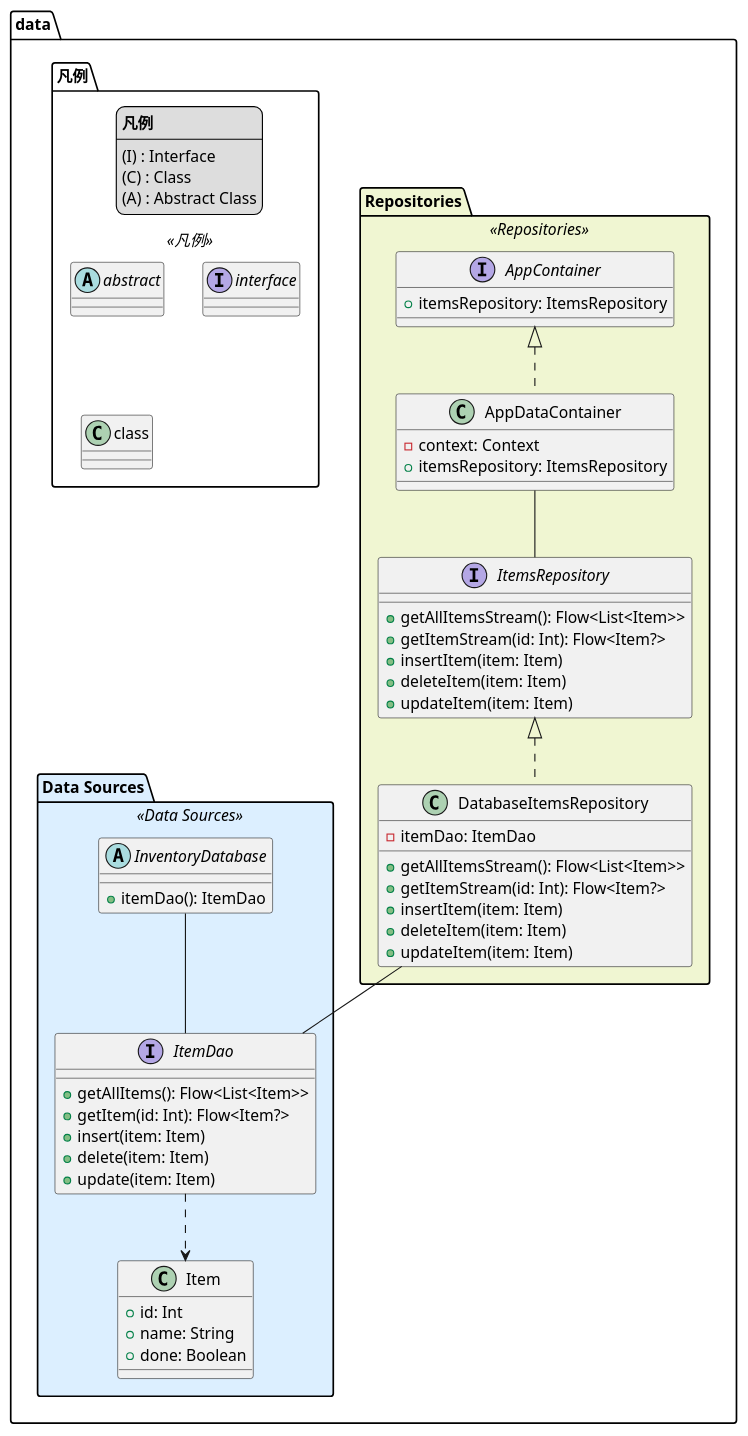
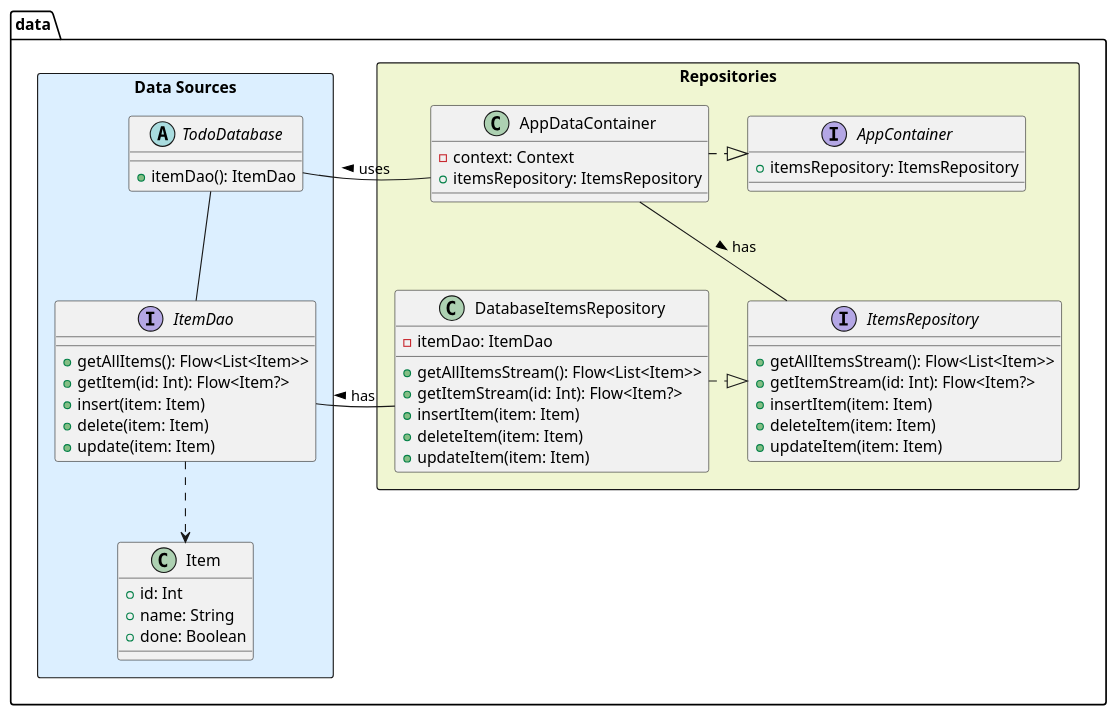
One commit to emboss369/android-compose changed the diagram in 15_MyTodo/Complete/MyTodo/app/src/main/java/com/example/mytodo/data/data.puml. Above: the diagram before and after it, drawn with PlantUML. The commit also changed 14 other files, not shown here.

```diff
--- a/15_MyTodo/Complete/MyTodo/app/src/main/java/com/example/mytodo/data/data.puml
+++ b/15_MyTodo/Complete/MyTodo/app/src/main/java/com/example/mytodo/data/data.puml
@@ -1,80 +1,70 @@
 @startuml
 skinparam package {
   backgroundColor<<Repositories>> #F0F6D2
   backgroundColor<<Data Sources>> #DCEFFF
 }
 
 package "data" {
 
-    package "Repositories" <<Repositories>> {
+    package "Repositories" <<Rectangle>> #F0F6D2{
+
         interface ItemsRepository {
             +getAllItemsStream(): Flow<List<Item>>
             +getItemStream(id: Int): Flow<Item?>
             +insertItem(item: Item)
             +deleteItem(item: Item)
             +updateItem(item: Item)
         }
 
         class DatabaseItemsRepository {
             -itemDao: ItemDao
             +getAllItemsStream(): Flow<List<Item>>
             +getItemStream(id: Int): Flow<Item?>
             +insertItem(item: Item)
             +deleteItem(item: Item)
             +updateItem(item: Item)
         }
 
         interface AppContainer {
             +itemsRepository: ItemsRepository
         }
 
         class AppDataContainer {
             -context: Context
             +itemsRepository: ItemsRepository
         }
 
-        ItemsRepository <|.. DatabaseItemsRepository
-        AppContainer <|.. AppDataContainer
-        AppDataContainer -down- ItemsRepository
+        DatabaseItemsRepository .|> ItemsRepository
+         AppDataContainer .|> AppContainer
+        AppDataContainer -- ItemsRepository: has >
+
     }
 
-    package "Data Sources" <<Data Sources>> {
+    package "Data Sources" <<Rectangle>> #DCEFFF{
         interface ItemDao {
             +getAllItems(): Flow<List<Item>>
             +getItem(id: Int): Flow<Item?>
             +insert(item: Item)
             +delete(item: Item)
             +update(item: Item)
         }
 
         class Item {
             +id: Int
             +name: String
             +done: Boolean
         }
 
-        abstract class InventoryDatabase {
+        abstract class TodoDatabase {
             +itemDao(): ItemDao
         }
 
-        DatabaseItemsRepository -down- ItemDao
+        DatabaseItemsRepository - ItemDao : has >
         ItemDao ..> Item
-        InventoryDatabase -down- ItemDao
+        TodoDatabase -- ItemDao
     }
 
+    AppDataContainer - TodoDatabase : uses >
 
-
-    package "凡例" <<凡例>> {
-    abstract        abstract
-    interface       interface
-class           class
-
-    legend
-        **凡例**
-        ----
-        (I) : Interface
-        (C) : Class
-        (A) : Abstract Class
-    endlegend
 }
 @enduml
```
